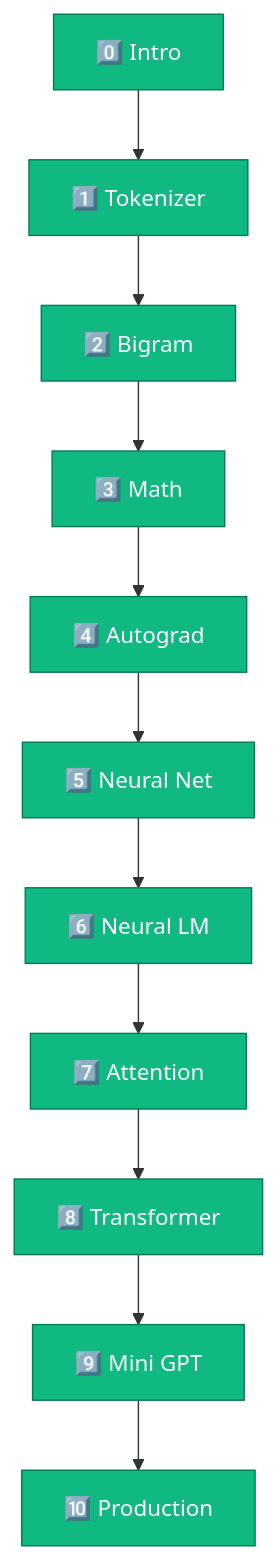
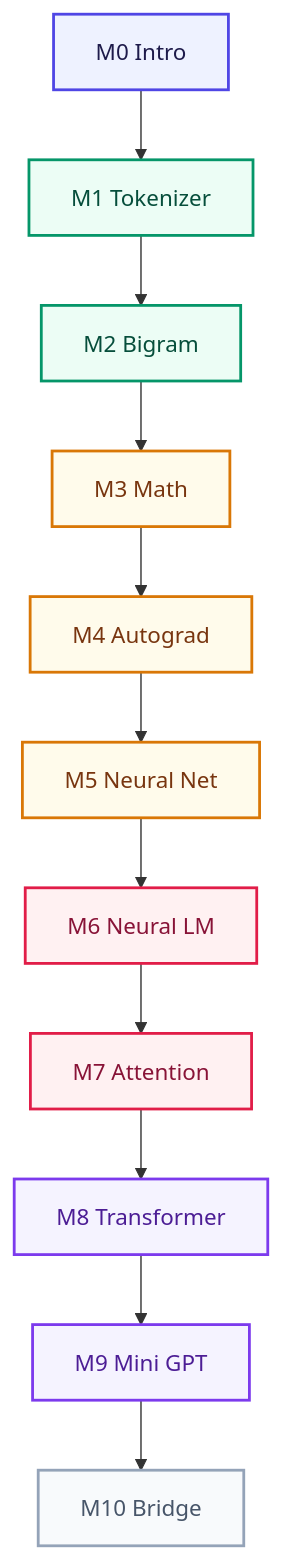
The diagram in content/docs/index.mdx (bhNibir/build-own-llm), drawn with Mermaid before and after one commit. The commit also changed other lines of this file and 77 other files, not shown here.

````diff
--- a/content/docs/index.mdx
+++ b/content/docs/index.mdx
@@ -28,14 +23,19 @@
 ```mermaid
 flowchart TD
-    M0["0️⃣ Intro"]:::done --> M1["1️⃣ Tokenizer"]:::done
-    M1 --> M2["2️⃣ Bigram"]:::done
-    M2 --> M3["3️⃣ Math"]:::done
-    M3 --> M4["4️⃣ Autograd"]:::done
-    M4 --> M5["5️⃣ Neural Net"]:::done
-    M5 --> M6["6️⃣ Neural LM"]:::done
-    M6 --> M7["7️⃣ Attention"]:::done
-    M7 --> M8["8️⃣ Transformer"]:::done
-    M8 --> M9["9️⃣ Mini GPT"]:::done
-    M9 --> M10["🔟 Production"]:::done
-    classDef done fill:#10B981,color:#fff,stroke:#047857
+    M0["M0 Intro"]:::input --> M1["M1 Tokenizer"]:::process
+    M1 --> M2["M2 Bigram"]:::process
+    M2 --> M3["M3 Math"]:::output
+    M3 --> M4["M4 Autograd"]:::output
+    M4 --> M5["M5 Neural Net"]:::output
+    M5 --> M6["M6 Neural LM"]:::highlight
+    M6 --> M7["M7 Attention"]:::highlight
+    M7 --> M8["M8 Transformer"]:::matrix
+    M8 --> M9["M9 Mini GPT"]:::matrix
+    M9 --> M10["M10 Bridge"]:::dim
+    classDef input fill:#EEF2FF,color:#1E1B4B,stroke:#4F46E5,stroke-width:2px
+    classDef process fill:#ECFDF5,color:#064E3B,stroke:#059669,stroke-width:2px
+    classDef output fill:#FFFBEB,color:#78350F,stroke:#D97706,stroke-width:2px
+    classDef highlight fill:#FFF1F2,color:#881337,stroke:#E11D48,stroke-width:2px
+    classDef matrix fill:#F5F3FF,color:#4C1D95,stroke:#7C3AED,stroke-width:2px
+    classDef dim fill:#F8FAFC,color:#475569,stroke:#94A3B8,stroke-width:2px
 ```
````
